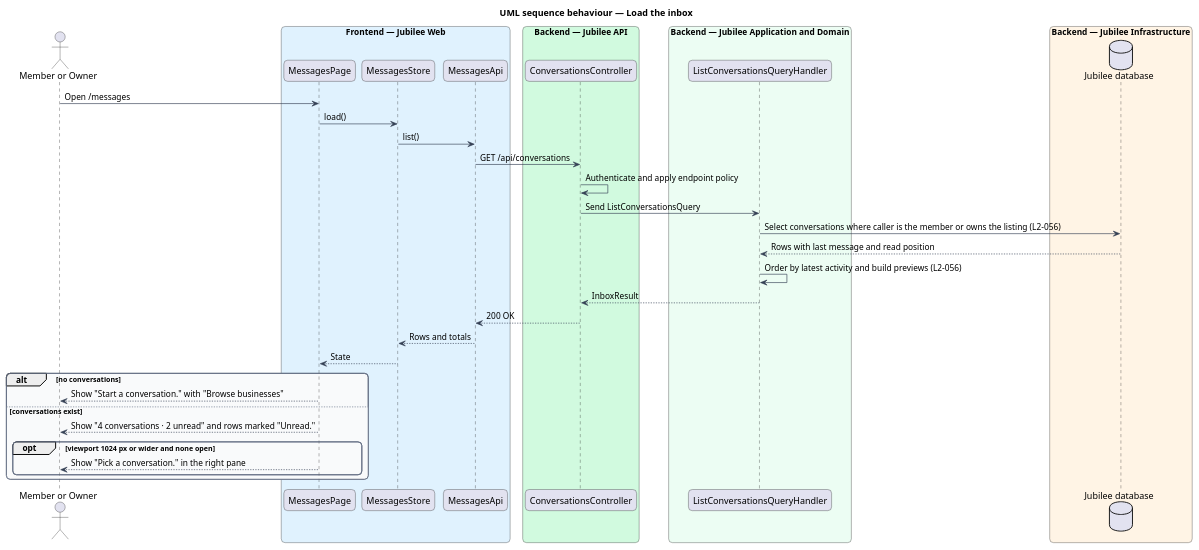
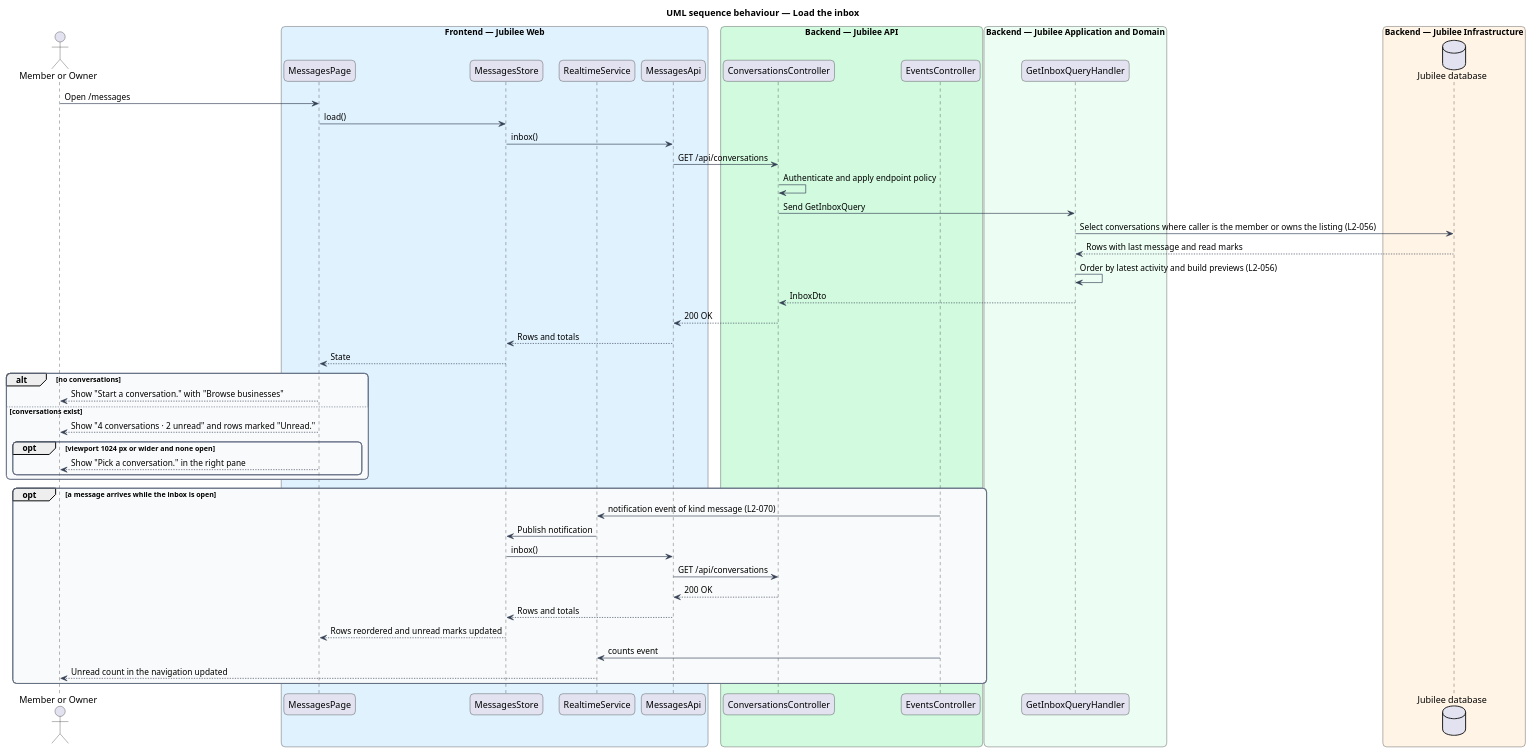
The diagram in docs/detailed-designs/messaging/read-inbox/diagrams/sequence-load-inbox.puml (QuinntyneBrown/jubilee), drawn with PlantUML before and after one commit. The commit also changed 106 other files, not shown here.

```diff
--- a/docs/detailed-designs/messaging/read-inbox/diagrams/sequence-load-inbox.puml
+++ b/docs/detailed-designs/messaging/read-inbox/diagrams/sequence-load-inbox.puml
@@ -1,53 +1,66 @@
 @startuml
 title UML sequence behaviour — Load the inbox
 skinparam backgroundColor #FFFFFF
 skinparam shadowing false
 skinparam roundcorner 12
 skinparam defaultFontName Arial
 skinparam ArrowColor #344054
 skinparam rectangle {
   BorderColor #344054
   FontColor #101828
 }
 skinparam package {
   BorderColor #667085
   FontColor #101828
   BackgroundColor #F9FAFB
 }
 actor "Member or Owner" as member
 box "Frontend — Jubilee Web" #E0F2FE
   participant "MessagesPage" as page
   participant "MessagesStore" as store
+  participant "RealtimeService" as rt
   participant "MessagesApi" as client
 end box
 box "Backend — Jubilee API" #D1FADF
   participant "ConversationsController" as controller
+  participant "EventsController" as events
 end box
 box "Backend — Jubilee Application and Domain" #ECFDF3
-  participant "ListConversationsQueryHandler" as handler
+  participant "GetInboxQueryHandler" as handler
 end box
 box "Backend — Jubilee Infrastructure" #FFF4E5
   database "Jubilee database" as db
 end box
 member -> page : Open /messages
 page -> store : load()
-store -> client : list()
+store -> client : inbox()
 client -> controller : GET /api/conversations
 controller -> controller : Authenticate and apply endpoint policy
-controller -> handler : Send ListConversationsQuery
+controller -> handler : Send GetInboxQuery
 handler -> db : Select conversations where caller is the member or owns the listing (L2-056)
-db --> handler : Rows with last message and read position
+db --> handler : Rows with last message and read marks
 handler -> handler : Order by latest activity and build previews (L2-056)
-handler --> controller : InboxResult
+handler --> controller : InboxDto
 controller --> client : 200 OK
 client --> store : Rows and totals
 store --> page : State
 alt no conversations
   page --> member : Show "Start a conversation." with "Browse businesses"
 else conversations exist
   page --> member : Show "4 conversations · 2 unread" and rows marked "Unread."
   opt viewport 1024 px or wider and none open
     page --> member : Show "Pick a conversation." in the right pane
   end
 end
+opt a message arrives while the inbox is open
+  events -> rt : notification event of kind message (L2-070)
+  rt -> store : Publish notification
+  store -> client : inbox()
+  client -> controller : GET /api/conversations
+  controller --> client : 200 OK
+  client --> store : Rows and totals
+  store --> page : Rows reordered and unread marks updated
+  events -> rt : counts event
+  rt --> member : Unread count in the navigation updated
+end
 @enduml
```
